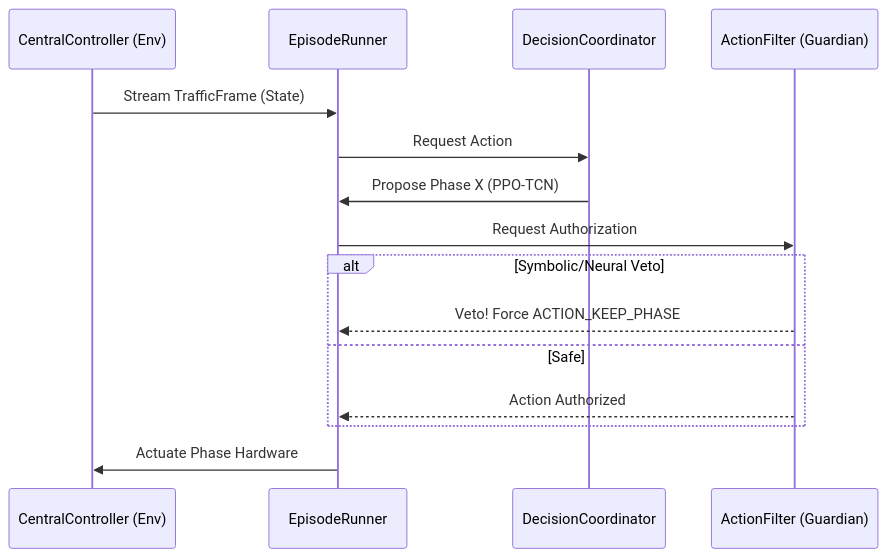
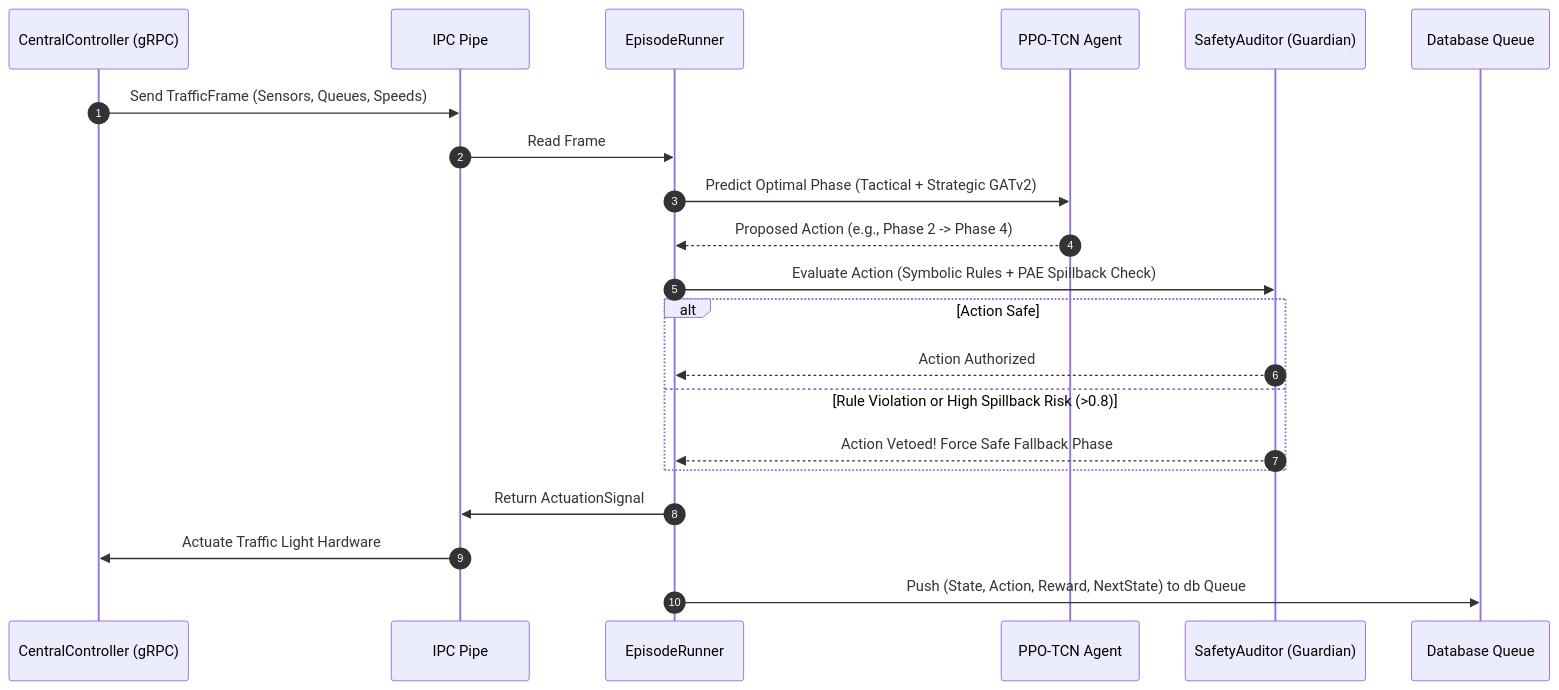
One commit to Noxfort/CARINA changed the second of 2 diagrams in ARCHITECTURE.md. Above: the diagram before and after it, drawn with Mermaid. The commit also changed other lines of this file and 7 other files, not shown here.

Commit message:
docs: comprehensive rewrite of all documentation files with math formulations, IPC schemas, gRPC specs, and architecture diagrams

````diff
--- a/ARCHITECTURE.md
+++ b/ARCHITECTURE.md
@@ -52,18 +82,24 @@
 ```mermaid
 sequenceDiagram
-    participant Env as CentralController (Env)
+    autonumber
+    participant Controller as CentralController (gRPC)
+    participant Pipe as IPC Pipe
     participant ER as EpisodeRunner
-    participant DC as DecisionCoordinator
-    participant Auth as ActionFilter (Guardian)
-    
-    Env->>ER: Stream TrafficFrame (State)
-    ER->>DC: Request Action
-    DC->>ER: Propose Phase X (PPO-TCN)
-    ER->>Auth: Request Authorization
-    alt Symbolic/Neural Veto
-        Auth-->>ER: Veto! Force ACTION_KEEP_PHASE
-    else Safe
-        Auth-->>ER: Action Authorized
+    participant PPO as PPO-TCN Agent
+    participant Safety as SafetyAuditor (Guardian)
+    participant DB as Database Queue
+
+    Controller->>Pipe: Send TrafficFrame (Sensors, Queues, Speeds)
+    Pipe->>ER: Read Frame
+    ER->>PPO: Predict Optimal Phase (Tactical + Strategic GATv2)
+    PPO-->>ER: Proposed Action (e.g., Phase 2 -> Phase 4)
+    ER->>Safety: Evaluate Action (Symbolic Rules + PAE Spillback Check)
+    alt Action Safe
+        Safety-->>ER: Action Authorized
+    else Rule Violation or High Spillback Risk (>0.8)
+        Safety-->>ER: Action Vetoed! Force Safe Fallback Phase
     end
-    ER->>Env: Actuate Phase Hardware
+    ER->>Pipe: Return ActuationSignal
+    Pipe->>Controller: Actuate Traffic Light Hardware
+    ER->>DB: Push (State, Action, Reward, NextState) to db Queue
 ```
````
